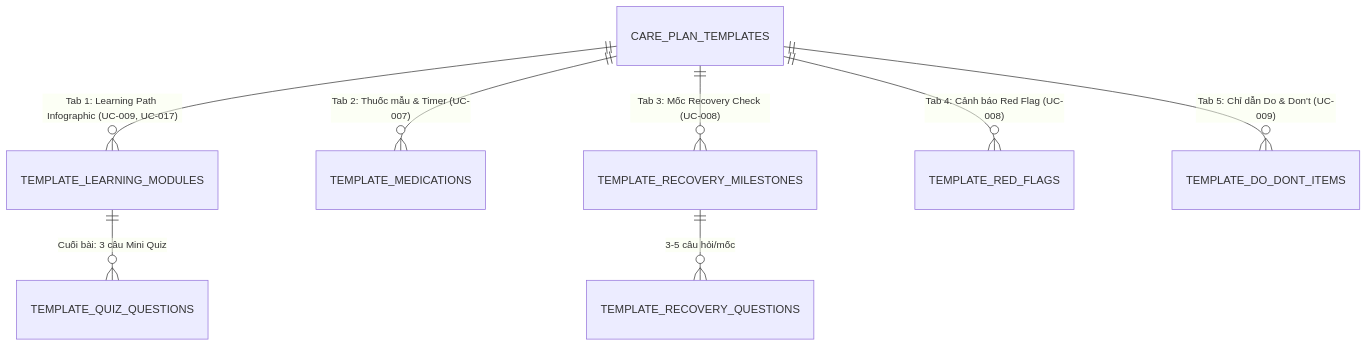
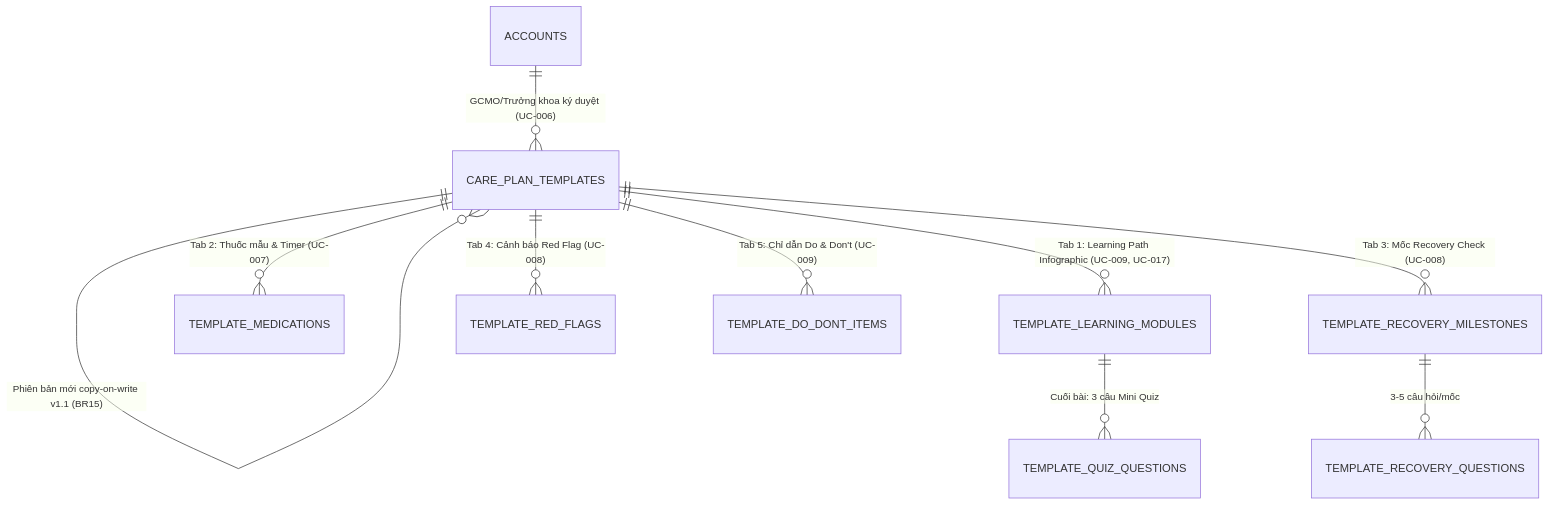
One commit to khangpd15/ba-learing-path changed the third of 5 diagrams in 02_ERD.md. Above: the diagram before and after it, drawn with Mermaid. The commit also changed other lines of this file and 6 other files, not shown here.

````diff
--- a/02_ERD.md
+++ b/02_ERD.md
@@ -376,10 +442,12 @@
 ```mermaid
 erDiagram
+    CARE_PLAN_TEMPLATES ||--o{ CARE_PLAN_TEMPLATES : "Phiên bản mới copy-on-write v1.1 (BR15)"
+    ACCOUNTS ||--o{ CARE_PLAN_TEMPLATES : "GCMO/Trưởng khoa ký duyệt (UC-006)"
     CARE_PLAN_TEMPLATES ||--o{ TEMPLATE_LEARNING_MODULES : "Tab 1: Learning Path Infographic (UC-009, UC-017)"
     TEMPLATE_LEARNING_MODULES ||--o{ TEMPLATE_QUIZ_QUESTIONS : "Cuối bài: 3 câu Mini Quiz"
     CARE_PLAN_TEMPLATES ||--o{ TEMPLATE_MEDICATIONS : "Tab 2: Thuốc mẫu & Timer (UC-007)"
     CARE_PLAN_TEMPLATES ||--o{ TEMPLATE_RECOVERY_MILESTONES : "Tab 3: Mốc Recovery Check (UC-008)"
     TEMPLATE_RECOVERY_MILESTONES ||--o{ TEMPLATE_RECOVERY_QUESTIONS : "3-5 câu hỏi/mốc"
     CARE_PLAN_TEMPLATES ||--o{ TEMPLATE_RED_FLAGS : "Tab 4: Cảnh báo Red Flag (UC-008)"
     CARE_PLAN_TEMPLATES ||--o{ TEMPLATE_DO_DONT_ITEMS : "Tab 5: Chỉ dẫn Do & Don't (UC-009)"
 ```
````
